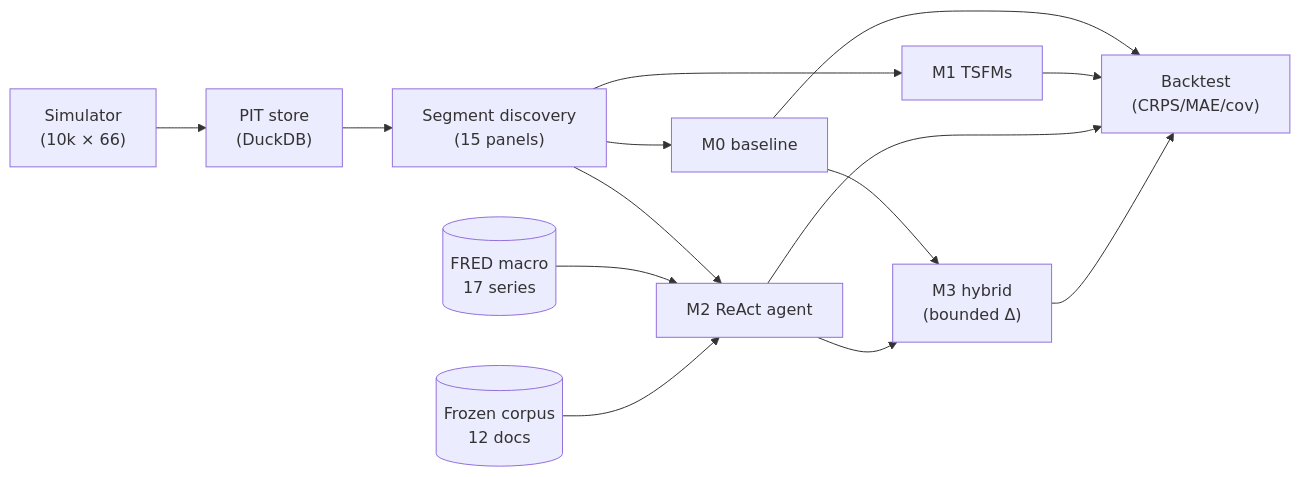
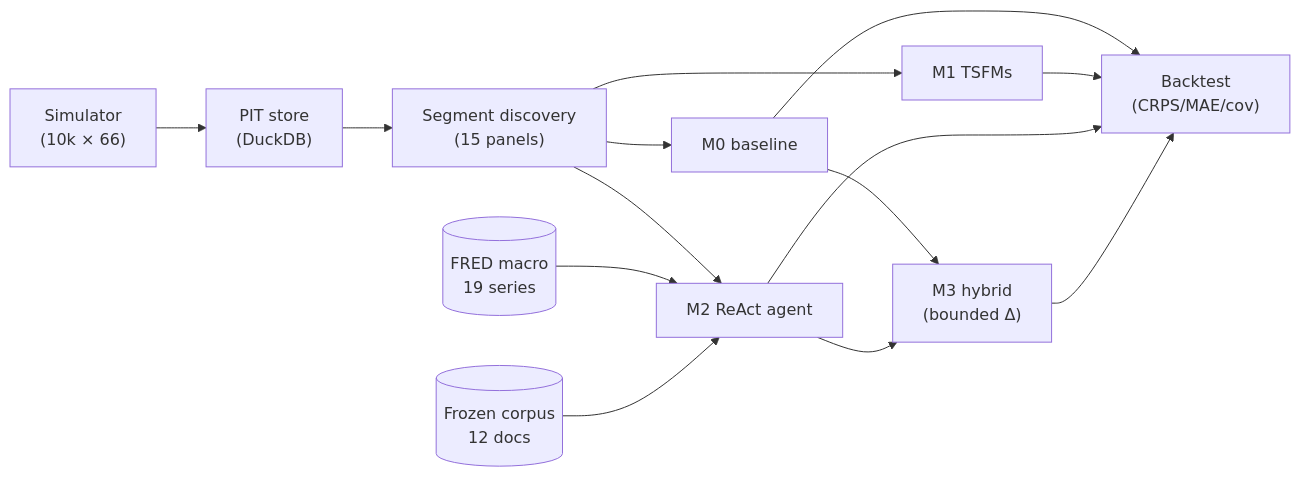
One commit to Mehrazin/agentic-forecasting changed the first of 2 diagrams in td-one/docs/METHODOLOGY.md. Above: the diagram before and after it, drawn with Mermaid. The commit also changed other lines of this file and 7 other files, not shown here.

First line of the commit message:
docs: consolidate all 7 docs + DIAGRAMS.md

````diff
--- a/td-one/docs/METHODOLOGY.md
+++ b/td-one/docs/METHODOLOGY.md
@@ -126,16 +127,16 @@
 ```mermaid
 flowchart LR
     SIM["Simulator<br/>(10k × 66)"] --> PIT["PIT store<br/>(DuckDB)"]
     PIT --> SEG["Segment discovery<br/>(15 panels)"]
     SEG --> M0["M0 baseline"]
     SEG --> M1["M1 TSFMs"]
     SEG --> AG["M2 ReAct agent"]
-    FRED[("FRED macro<br/>17 series")] --> AG
+    FRED[("FRED macro<br/>19 series")] --> AG
     CORP[("Frozen corpus<br/>12 docs")] --> AG
     M0 --> HYB["M3 hybrid<br/>(bounded Δ)"]
     AG --> HYB
     M0 --> EV["Backtest<br/>(CRPS/MAE/cov)"]
     M1 --> EV
     AG --> EV
     HYB --> EV
 ```
````
